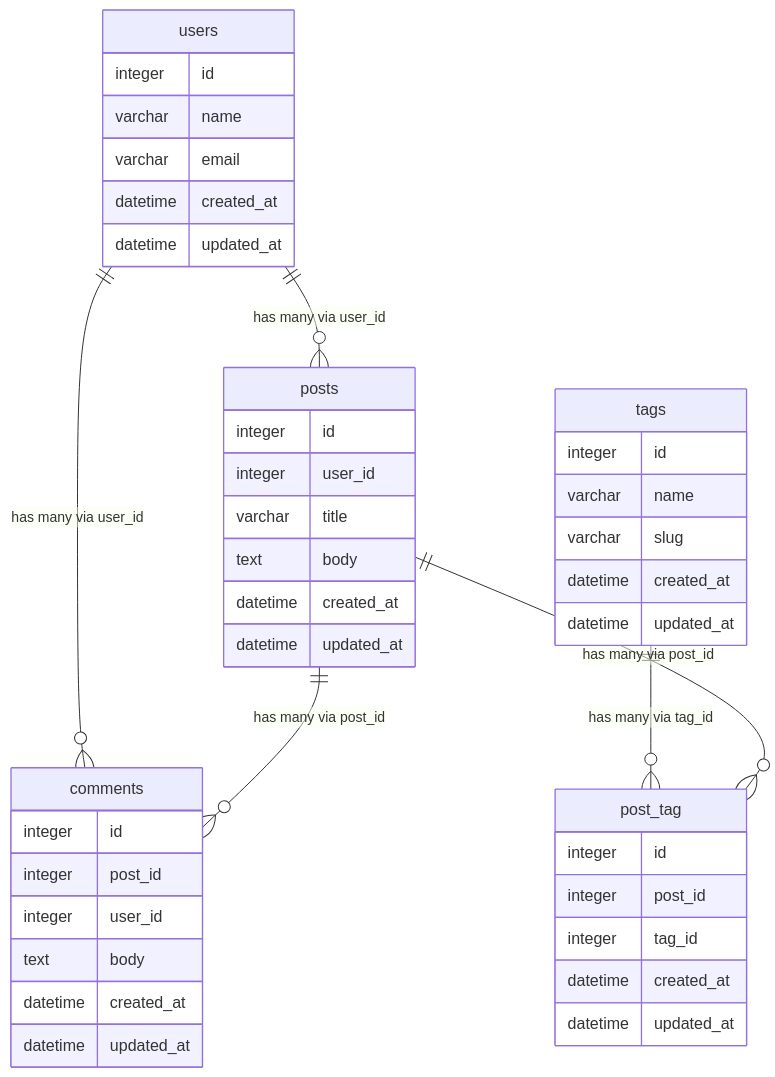
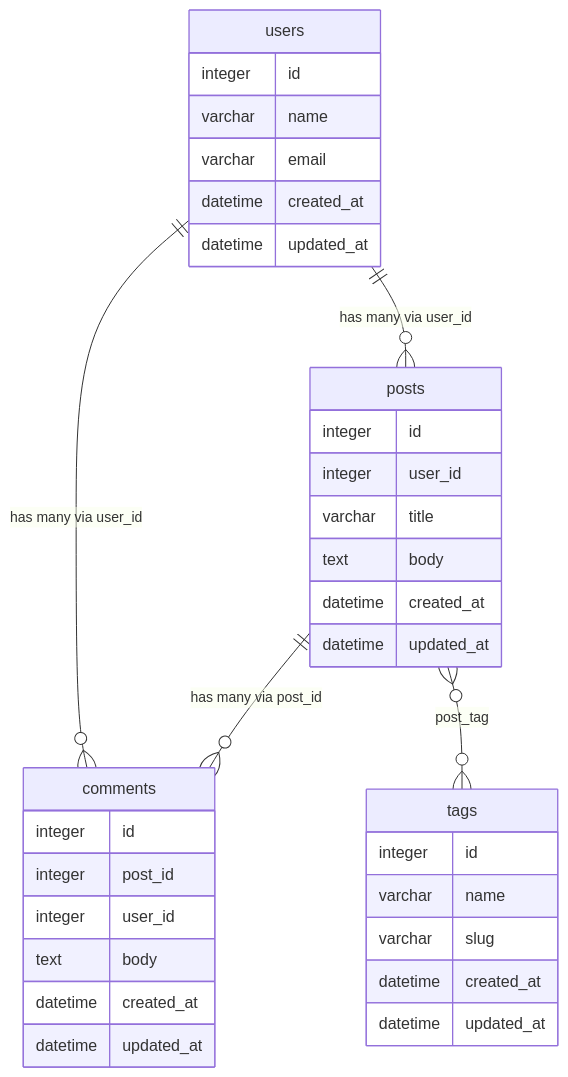
One commit to bambamboole/laravel-mermaid-erd changed the diagram in tests/fixtures/expected-readme-with-tags.md. Above: the diagram before and after it, drawn with Mermaid. The commit also changed 23 other files, not shown here.

````diff
--- a/tests/fixtures/expected-readme-with-tags.md
+++ b/tests/fixtures/expected-readme-with-tags.md
@@ -6,45 +6,37 @@
 ```mermaid
 erDiagram
     comments {
         integer id
         integer post_id
         integer user_id
         text body
-        datetime created_at
-        datetime updated_at
-    }
-    post_tag {
-        integer id
-        integer post_id
-        integer tag_id
         datetime created_at
         datetime updated_at
     }
     posts {
         integer id
         integer user_id
         varchar title
         text body
         datetime created_at
         datetime updated_at
     }
     tags {
         integer id
         varchar name
         varchar slug
         datetime created_at
         datetime updated_at
     }
     users {
         integer id
         varchar name
         varchar email
         datetime created_at
         datetime updated_at
     }
     users ||--o{ comments : "has many via user_id"
     posts ||--o{ comments : "has many via post_id"
-    tags ||--o{ post_tag : "has many via tag_id"
-    posts ||--o{ post_tag : "has many via post_id"
     users ||--o{ posts : "has many via user_id"
+    posts }o--o{ tags : "post_tag"
 ```
````
